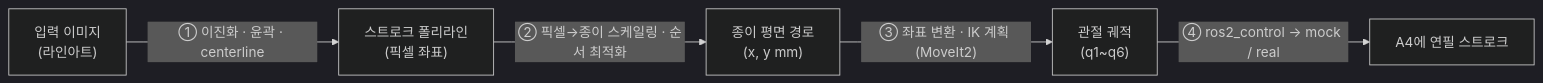
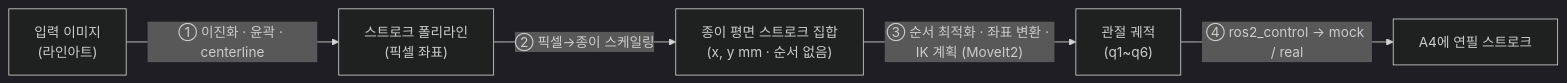
The diagram in README.md (MarkCheon25/Nyang_Nyang_Atlier), drawn with Mermaid (dark theme) before and after one commit. The commit also changed other lines of this file and 9 other files, not shown here.

````diff
--- a/README.md
+++ b/README.md
@@ -62,12 +62,12 @@
 ```mermaid
 flowchart LR
     A["입력 이미지<br/>(라인아트)"]
     B["스트로크 폴리라인<br/>(픽셀 좌표)"]
-    C["종이 평면 경로<br/>(x, y mm)"]
+    C["종이 평면 스트로크 집합<br/>(x, y mm · 순서 없음)"]
     D["관절 궤적<br/>(q1~q6)"]
     E["A4에 연필 스트로크"]
     A -->|"① 이진화 · 윤곽 · centerline"| B
-    B -->|"② 픽셀→종이 스케일링 · 순서 최적화"| C
-    C -->|"③ 좌표 변환 · IK 계획 (MoveIt2)"| D
+    B -->|"② 픽셀→종이 스케일링"| C
+    C -->|"③ 순서 최적화 · 좌표 변환 · IK 계획 (MoveIt2)"| D
     D -->|"④ ros2_control → mock / real"| E
 ```
````
